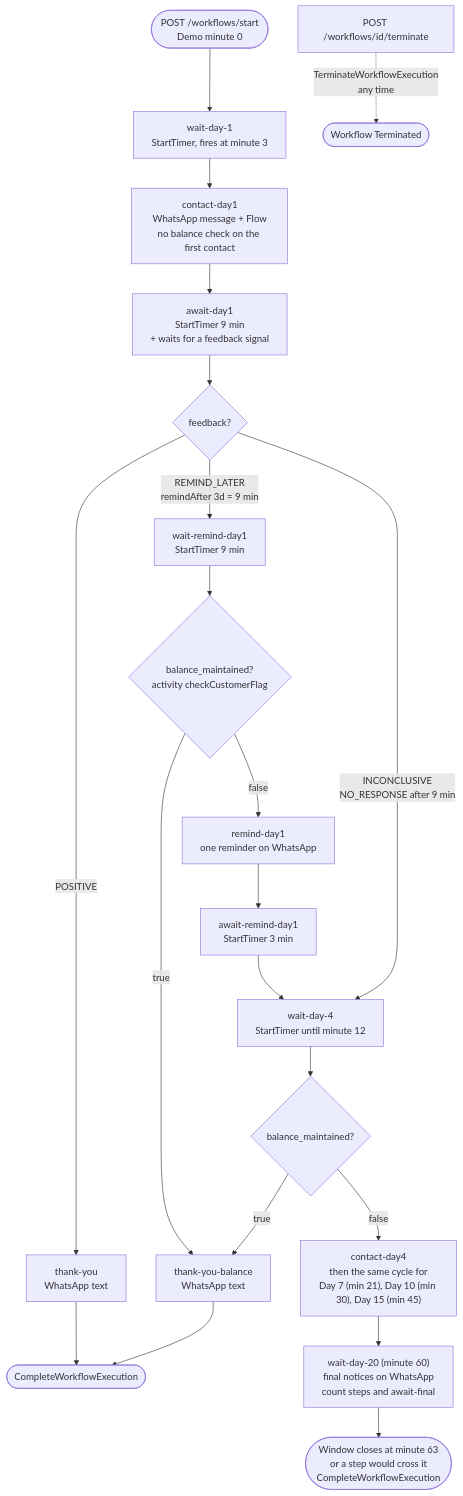
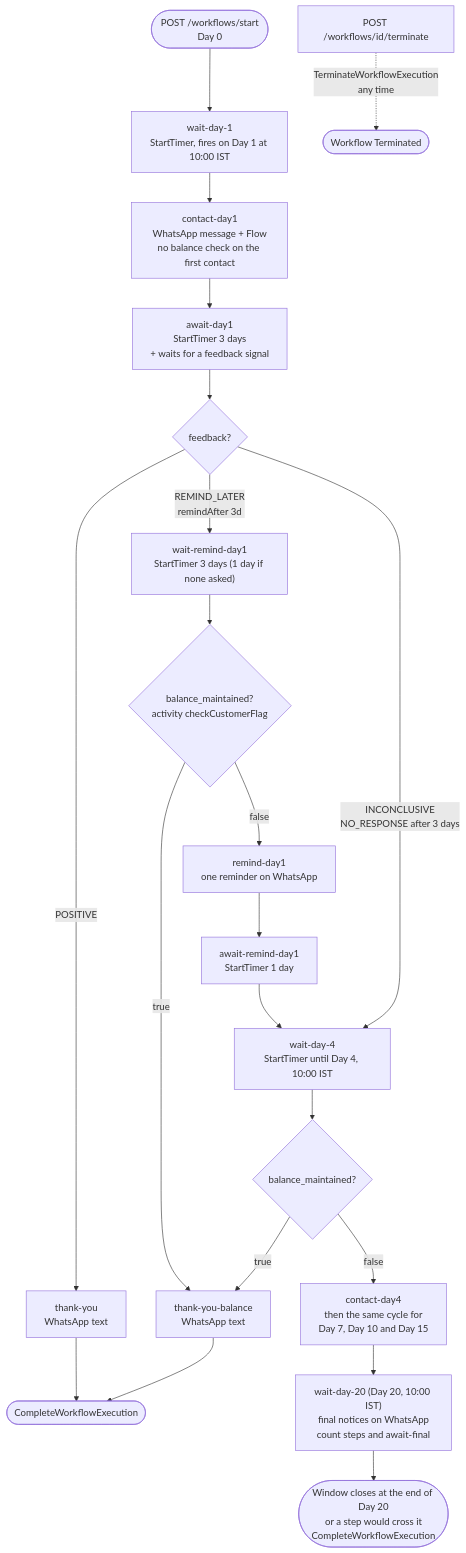
One commit to Anuj-Gaonkar/temporal-workflow-orch-service changed the diagram in docs/diagrams/05-decision-flow.mmd. Above: the diagram before and after it, drawn with Mermaid. The commit also changed 1 other file, not shown here.

Commit message:
Show real days instead of demo minutes in the decision-flow diagram

```diff
--- a/docs/diagrams/05-decision-flow.mmd
+++ b/docs/diagrams/05-decision-flow.mmd
@@ -1,25 +1,25 @@
 flowchart TD
-  START(["POST /workflows/start<br/>Demo minute 0"]) --> W1["wait-day-1<br/>StartTimer, fires at minute 3"]
+  START(["POST /workflows/start<br/>Day 0"]) --> W1["wait-day-1<br/>StartTimer, fires on Day 1 at 10:00 IST"]
   W1 --> C1["contact-day1<br/>WhatsApp message + Flow<br/>no balance check on the first contact"]
-  C1 --> A1["await-day1<br/>StartTimer 9 min<br/>+ waits for a feedback signal"]
+  C1 --> A1["await-day1<br/>StartTimer 3 days<br/>+ waits for a feedback signal"]
   A1 --> R1{"feedback?"}
 
   R1 -->|"POSITIVE"| TY["thank-you<br/>WhatsApp text"]
   TY --> END(["CompleteWorkflowExecution"])
 
-  R1 -->|"REMIND_LATER<br/>remindAfter 3d = 9 min"| WR["wait-remind-day1<br/>StartTimer 9 min"]
+  R1 -->|"REMIND_LATER<br/>remindAfter 3d"| WR["wait-remind-day1<br/>StartTimer 3 days (1 day if none asked)"]
   WR --> G1{"balance_maintained?<br/>activity checkCustomerFlag"}
   G1 -->|"true"| TYB["thank-you-balance<br/>WhatsApp text"]
   G1 -->|"false"| RM["remind-day1<br/>one reminder on WhatsApp"]
-  RM --> AR["await-remind-day1<br/>StartTimer 3 min"]
+  RM --> AR["await-remind-day1<br/>StartTimer 1 day"]
   AR --> NEXT
 
-  R1 -->|"INCONCLUSIVE<br/>NO_RESPONSE after 9 min"| NEXT["wait-day-4<br/>StartTimer until minute 12"]
+  R1 -->|"INCONCLUSIVE<br/>NO_RESPONSE after 3 days"| NEXT["wait-day-4<br/>StartTimer until Day 4, 10:00 IST"]
   NEXT --> G4{"balance_maintained?"}
   G4 -->|"true"| TYB
-  G4 -->|"false"| C4["contact-day4<br/>then the same cycle for<br/>Day 7 (min 21), Day 10 (min 30), Day 15 (min 45)"]
-  C4 --> FIN["wait-day-20 (minute 60)<br/>final notices on WhatsApp<br/>count steps and await-final"]
-  FIN --> EXP(["Window closes at minute 63<br/>or a step would cross it<br/>CompleteWorkflowExecution"])
+  G4 -->|"false"| C4["contact-day4<br/>then the same cycle for<br/>Day 7, Day 10 and Day 15"]
+  C4 --> FIN["wait-day-20 (Day 20, 10:00 IST)<br/>final notices on WhatsApp<br/>count steps and await-final"]
+  FIN --> EXP(["Window closes at the end of Day 20<br/>or a step would cross it<br/>CompleteWorkflowExecution"])
   TYB --> END
 
   OPS["POST /workflows/id/terminate"] -.->|"TerminateWorkflowExecution<br/>any time"| END2(["Workflow Terminated"])
```
